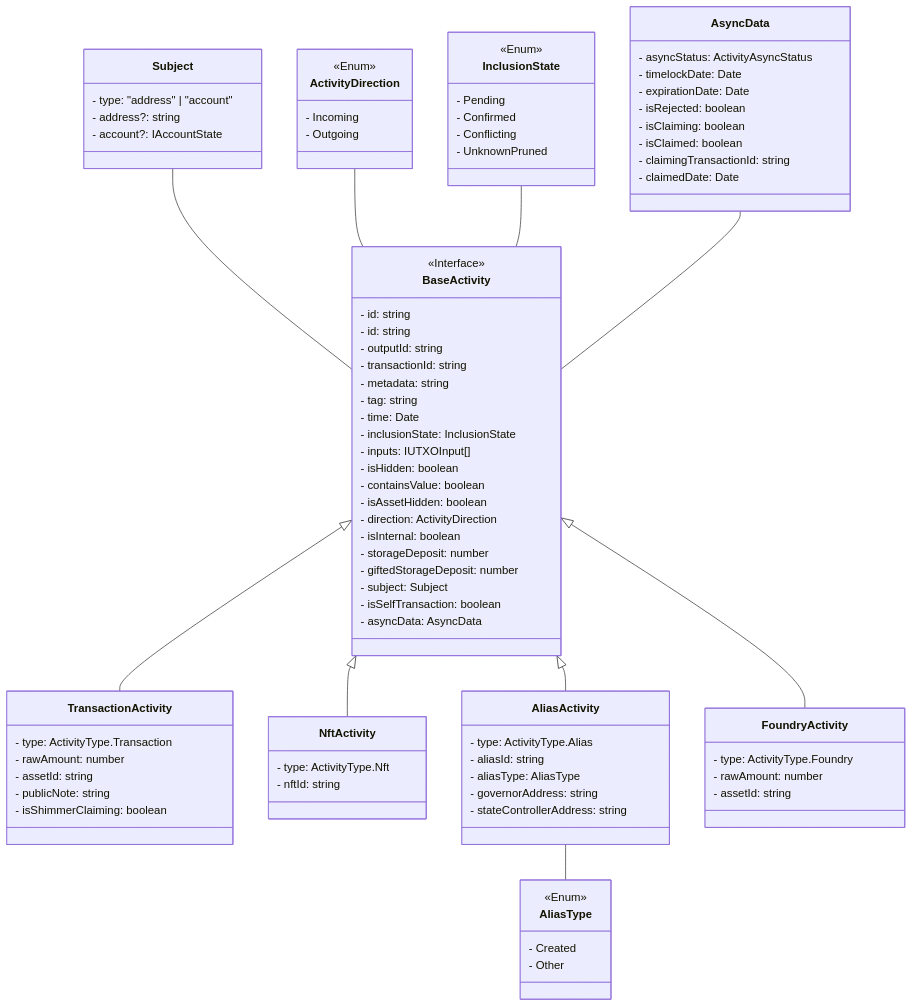
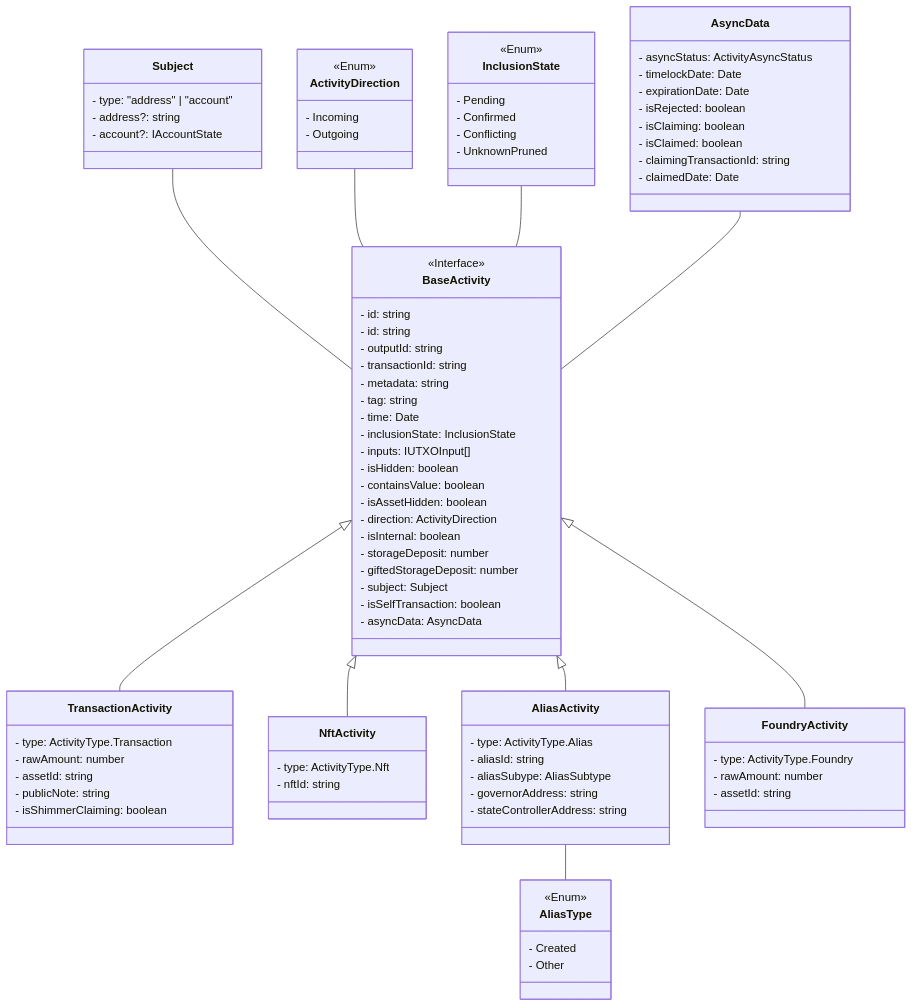
The diagram in docs/specifications/activities/class-diagram.md (iotaledger/firefly), drawn with Mermaid before and after one commit. The commit also changed 16 other files, not shown here.

```diff
--- a/docs/specifications/activities/class-diagram.md
+++ b/docs/specifications/activities/class-diagram.md
@@ -58,7 +58,7 @@
     class Alias Activity {
         - type: ActivityType.Alias
         - aliasId: string
-        - aliasType: AliasType
+        - aliasSubype: AliasSubtype
         - governorAddress: string
         - stateControllerAddress: string
     }
```
